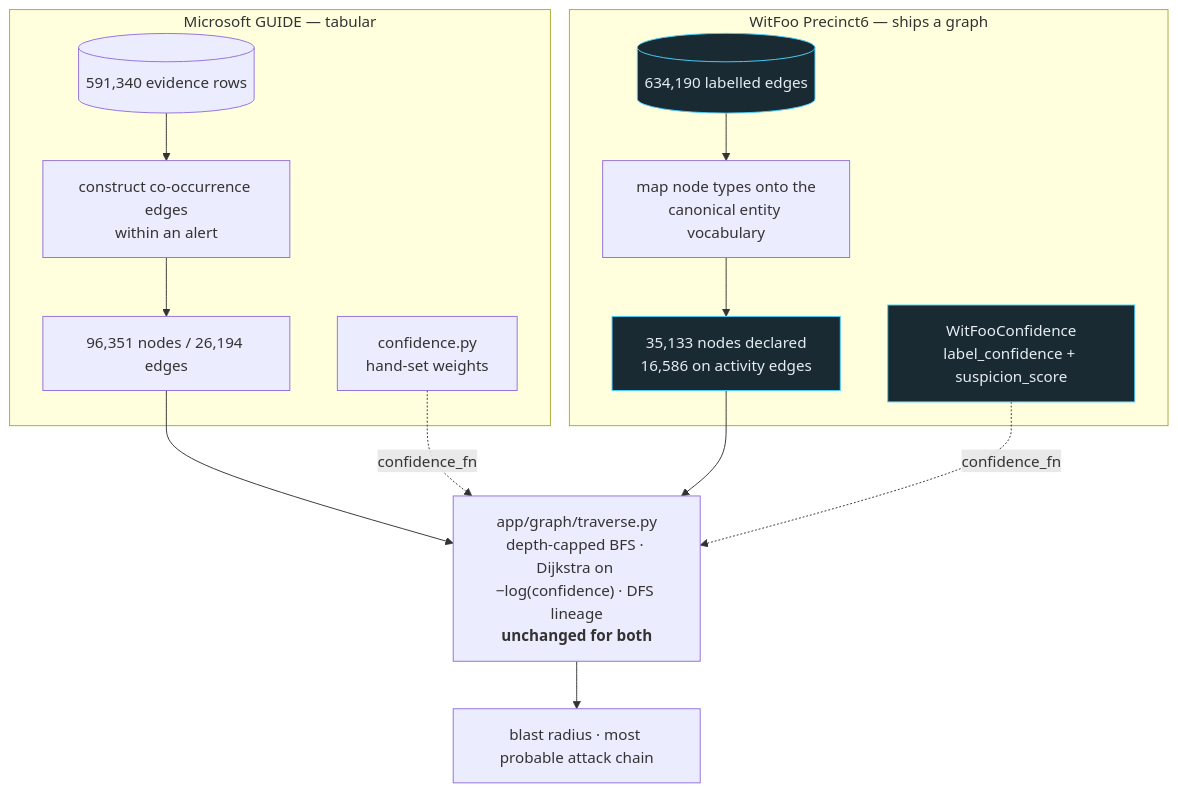
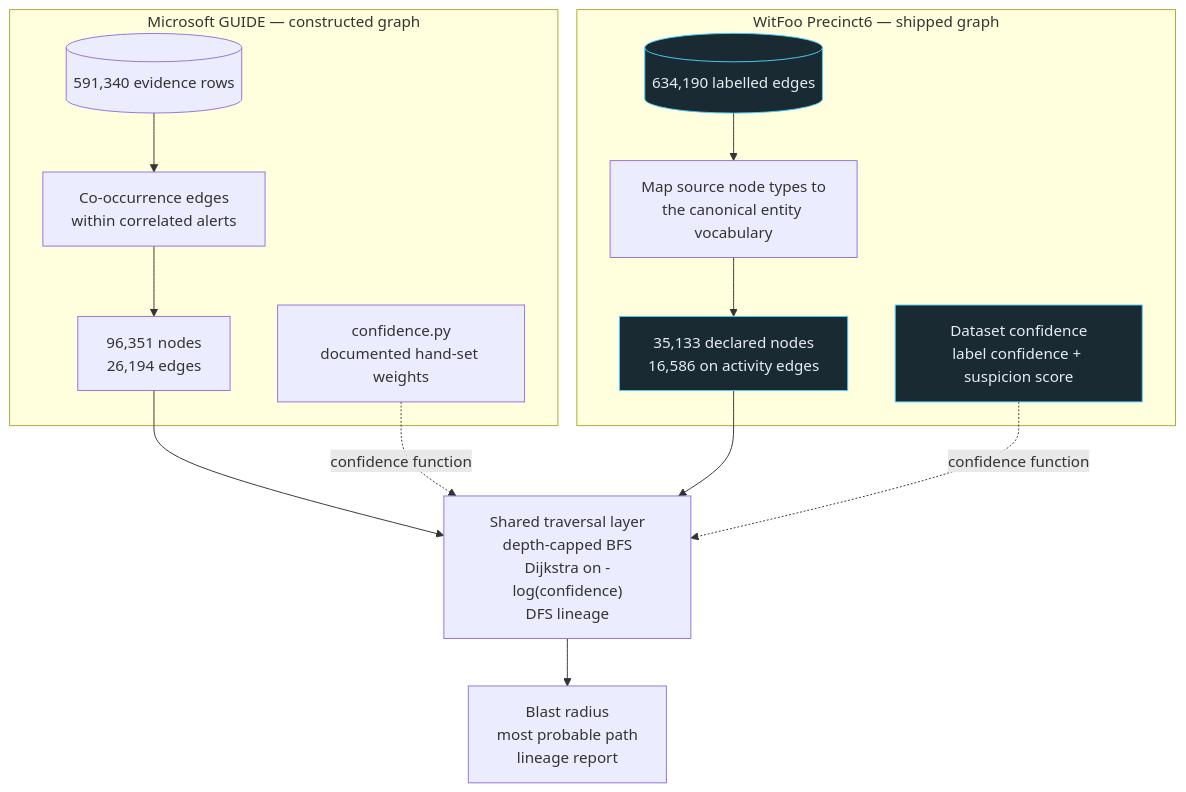
One commit to Nikhil0075/agentsphere-secureops changed the fourth of 5 diagrams in docs/architecture.md. Above: the diagram before and after it, drawn with Mermaid. The commit also changed other lines of this file, not shown here.

Commit message:
docs: repair architecture diagrams

````diff
--- a/docs/architecture.md
+++ b/docs/architecture.md
@@ -170,26 +194,30 @@
 ```mermaid
 flowchart TB
-    subgraph guide["Microsoft GUIDE — tabular"]
-        g1[("591,340 evidence rows")] --> g2["construct co-occurrence edges<br/>within an alert"]
-        g2 --> g3["96,351 nodes / 26,194 edges"]
-        g4["confidence.py<br/>hand-set weights"]
+    subgraph guideGraph["Microsoft GUIDE — constructed graph"]
+        guideRows[("591,340 evidence rows")]
+        cooccurrence["Co-occurrence edges<br/>within correlated alerts"]
+        guideTotals["96,351 nodes<br/>26,194 edges"]
+        guideConfidence["confidence.py<br/>documented hand-set weights"]
+        guideRows --> cooccurrence --> guideTotals
     end
 
-    subgraph witfoo["WitFoo Precinct6 — ships a graph"]
-        w1[("634,190 labelled edges")] --> w2["map node types onto the<br/>canonical entity vocabulary"]
-        w2 --> w3["35,133 nodes declared<br/>16,586 on activity edges"]
-        w4["WitFooConfidence<br/>label_confidence + suspicion_score"]
+    subgraph witfooGraph["WitFoo Precinct6 — shipped graph"]
+        witfooEdges[("634,190 labelled edges")]
+        canonicalTypes["Map source node types to<br/>the canonical entity vocabulary"]
+        witfooTotals["35,133 declared nodes<br/>16,586 on activity edges"]
+        witfooConfidence["Dataset confidence<br/>label confidence + suspicion score"]
+        witfooEdges --> canonicalTypes --> witfooTotals
     end
 
-    shared["app/graph/traverse.py<br/>depth-capped BFS · Dijkstra on −log(confidence) · DFS lineage<br/><b>unchanged for both</b>"]
+    traversal["Shared traversal layer<br/>depth-capped BFS<br/>Dijkstra on -log(confidence)<br/>DFS lineage"]
+    outputs["Blast radius<br/>most probable path<br/>lineage report"]
 
-    g3 --> shared
-    w3 --> shared
-    g4 -.->|"confidence_fn"| shared
-    w4 -.->|"confidence_fn"| shared
+    guideTotals --> traversal
+    witfooTotals --> traversal
+    guideConfidence -.->|confidence function| traversal
+    witfooConfidence -.->|confidence function| traversal
+    traversal --> outputs
 
-    shared --> out["blast radius · most probable attack chain"]
-
-    classDef ships fill:#1a2a32,stroke:#4ad0ff,color:#e6edf3
-    class w1,w3,w4 ships
+    classDef shipped fill:#1a2a32,stroke:#4ad0ff,color:#e6edf3
+    class witfooEdges,witfooTotals,witfooConfidence shipped
 ```
````
